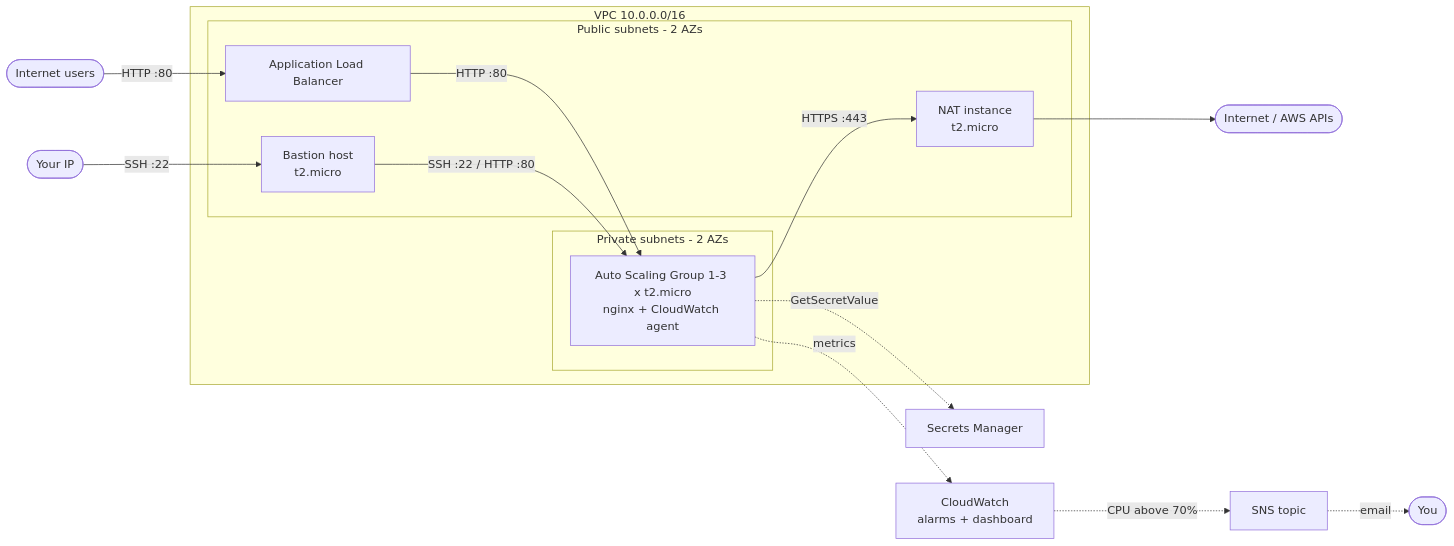
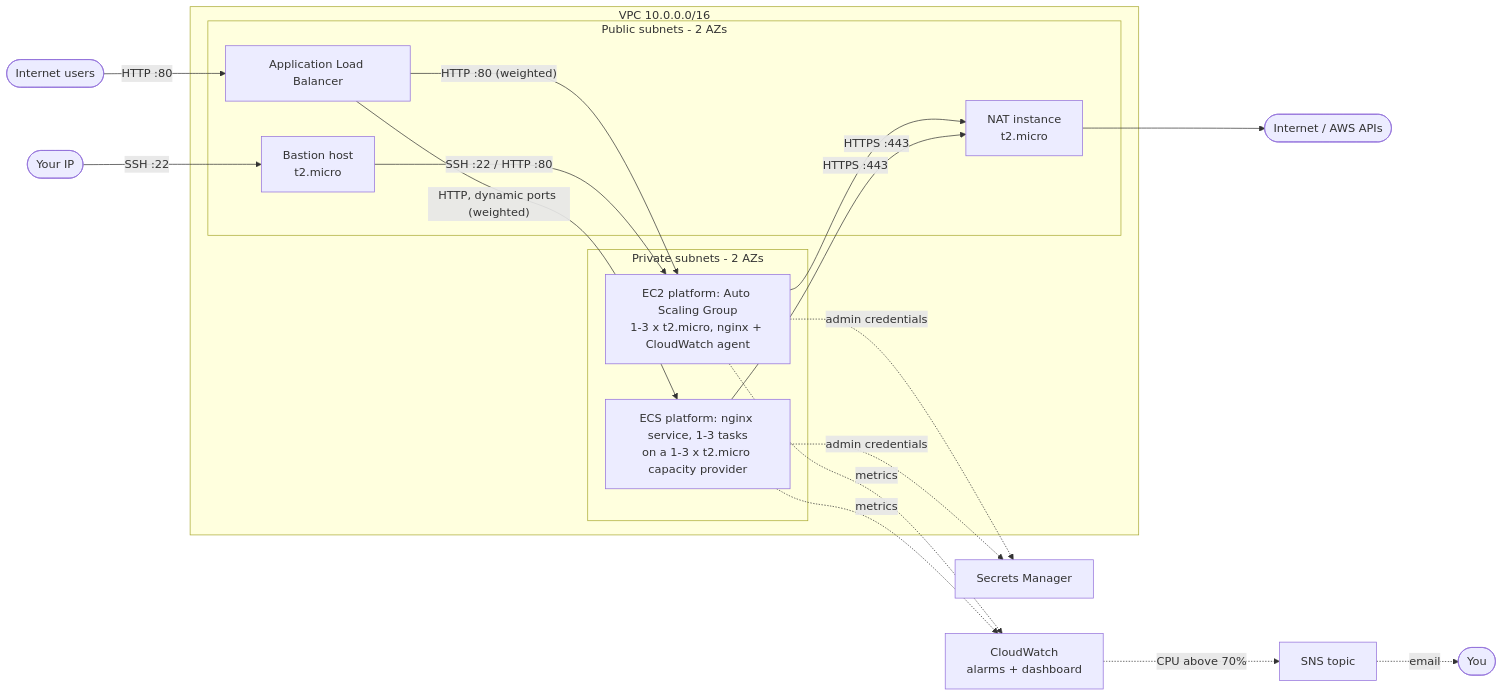
Before and after one commit to Goldcap/terraform-template: the diagram in README.md, drawn with Mermaid. The commit also changed other lines of this file, not shown here.

First line of the commit message:
Document the web platforms, ECS and their costs

````diff
--- a/README.md
+++ b/README.md
@@ -24,24 +29,26 @@
 ```mermaid
 flowchart LR
     user([Internet users]) -- HTTP :80 --> alb
     you([Your IP]) -- SSH :22 --> bastion
 
     subgraph vpc[VPC 10.0.0.0/16]
         subgraph public[Public subnets - 2 AZs]
             alb[Application Load Balancer]
             bastion[Bastion host<br/>t2.micro]
             nat[NAT instance<br/>t2.micro]
         end
         subgraph private[Private subnets - 2 AZs]
-            asg[Auto Scaling Group 1-3 x t2.micro<br/>nginx + CloudWatch agent]
+            asg[EC2 platform: Auto Scaling Group<br/>1-3 x t2.micro, nginx + CloudWatch agent]
+            ecs[ECS platform: nginx service, 1-3 tasks<br/>on a 1-3 x t2.micro capacity provider]
         end
     end
 
-    alb -- HTTP :80 --> asg
+    alb -- "HTTP :80 (weighted)" --> asg
+    alb -- "HTTP, dynamic ports (weighted)" --> ecs
     bastion -- SSH :22 / HTTP :80 --> asg
-    asg -- HTTPS :443 --> nat --> internet([Internet / AWS APIs])
+    asg & ecs -- HTTPS :443 --> nat --> internet([Internet / AWS APIs])
 
-    asg -. metrics .-> cw[CloudWatch<br/>alarms + dashboard]
+    asg & ecs -. metrics .-> cw[CloudWatch<br/>alarms + dashboard]
     cw -. CPU above 70% .-> sns[SNS topic] -. email .-> inbox([You])
-    asg -. GetSecretValue .-> sm[Secrets Manager]
+    asg & ecs -. admin credentials .-> sm[Secrets Manager]
 ```
````
